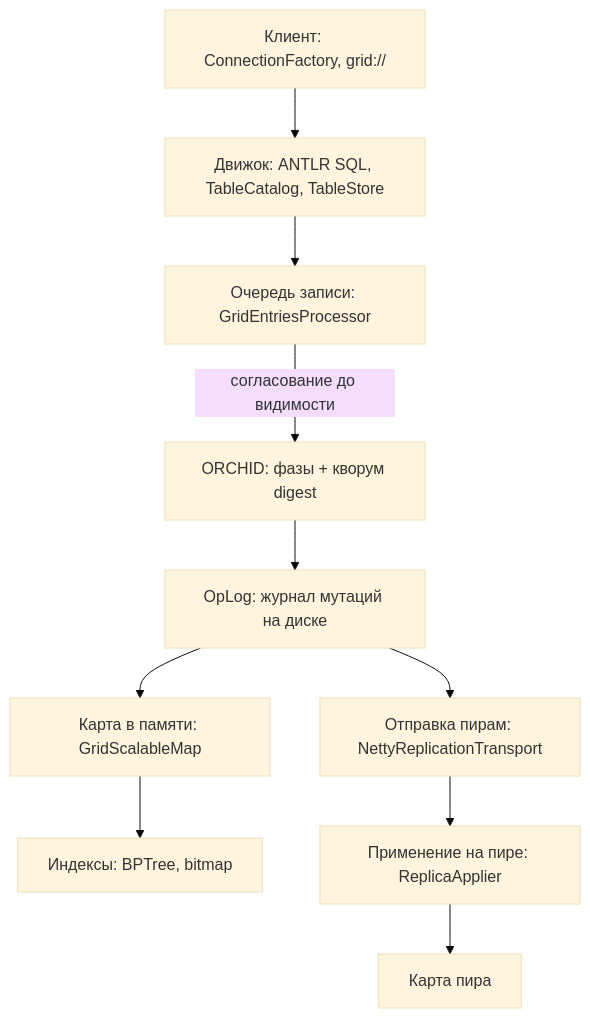
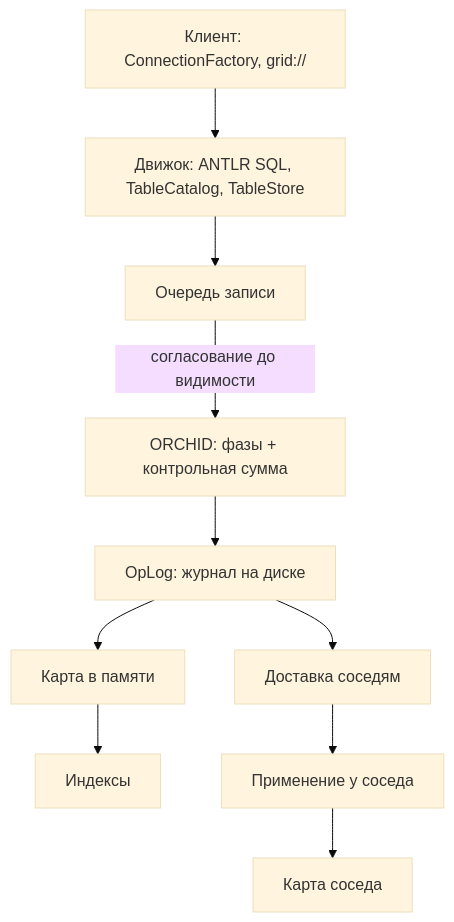
One commit to GenCloud/grid-sql changed the diagram in docs/ru/understand/architecture-overview.md. Above: the diagram before and after it, drawn with Mermaid (base theme). The commit also changed other lines of this file and 66 other files, not shown here.

````diff
--- a/docs/ru/understand/architecture-overview.md
+++ b/docs/ru/understand/architecture-overview.md
@@ -9,12 +16,12 @@
 ```mermaid
 flowchart TB
   API["Клиент: ConnectionFactory, grid://"] --> Engine["Движок: ANTLR SQL, TableCatalog, TableStore"]
-  Engine --> Stage["Очередь записи: GridEntriesProcessor"]
-  Stage -->|"согласование до видимости"| Orchid["ORCHID: фазы + кворум digest"]
-  Orchid --> OpLog["OpLog: журнал мутаций на диске"]
-  OpLog --> Map["Карта в памяти: GridScalableMap"]
-  Map --> Idx["Индексы: BPTree, bitmap"]
-  OpLog --> Ship["Отправка пирам: NettyReplicationTransport"]
-  Ship --> Apply["Применение на пире: ReplicaApplier"]
-  Apply --> Map2["Карта пира"]
+  Engine --> Stage["Очередь записи"]
+  Stage -->|"согласование до видимости"| Orchid["ORCHID: фазы + контрольная сумма"]
+  Orchid --> OpLog["OpLog: журнал на диске"]
+  OpLog --> Map["Карта в памяти"]
+  Map --> Idx["Индексы"]
+  OpLog --> Ship["Доставка соседям"]
+  Ship --> Apply["Применение у соседа"]
+  Apply --> Map2["Карта соседа"]
 ```
````
